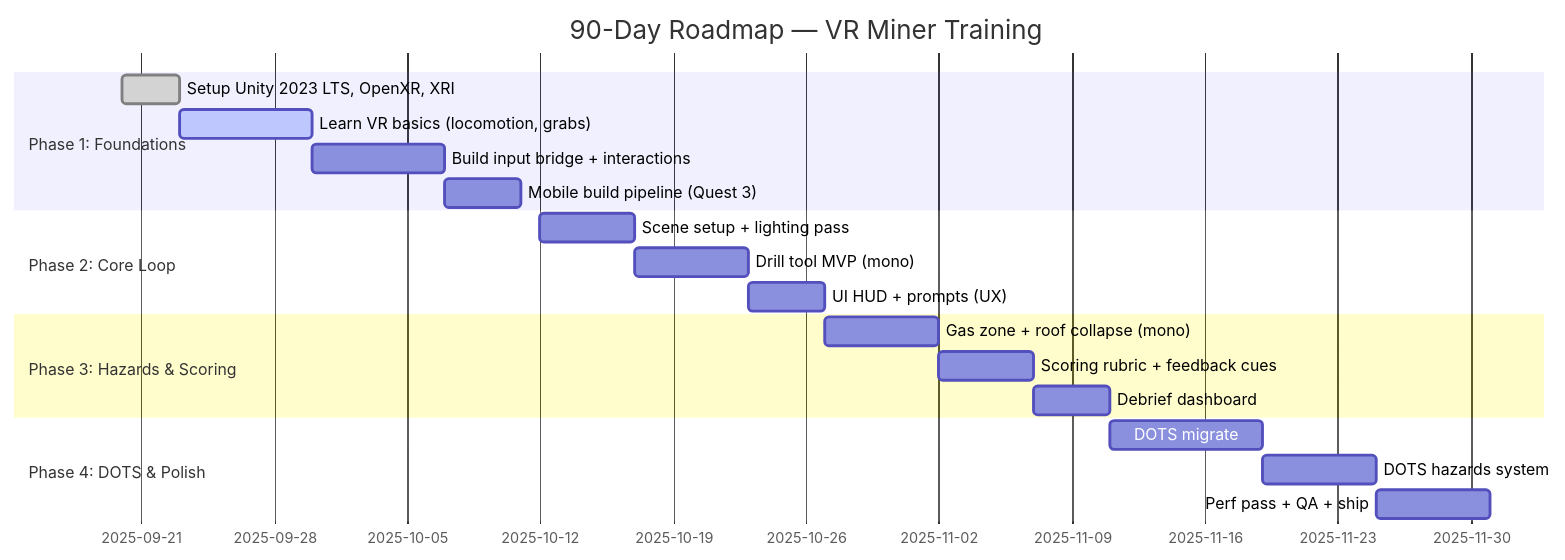
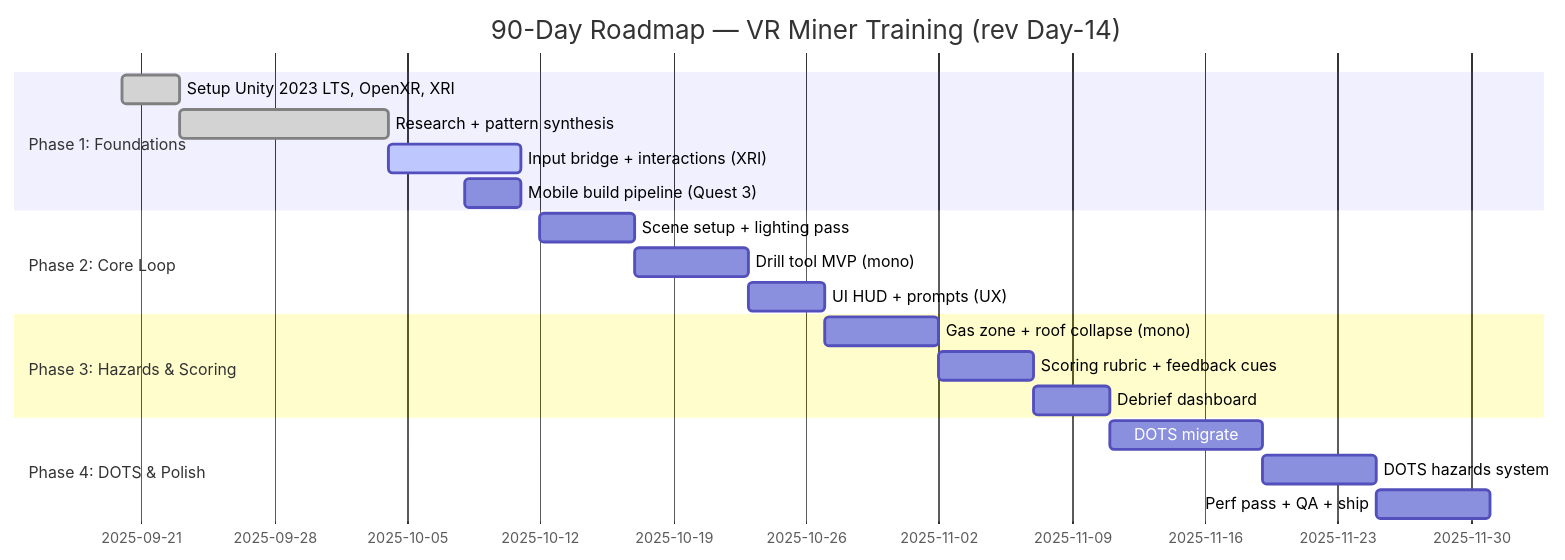
Before and after one commit to thatGuyPdeep/quartz: the diagram in docs/90_Roadmap_Updates/90_Day_VR_Miner_Roadmap.md, drawn with Mermaid. The commit also changed other lines of this file, not shown here.

Commit message:
docs(roadmap): Day-14 revision — added research-driven update and revised Gantt

````diff
--- a/docs/90_Roadmap_Updates/90_Day_VR_Miner_Roadmap.md
+++ b/docs/90_Roadmap_Updates/90_Day_VR_Miner_Roadmap.md
@@ -30,22 +40,22 @@
 ```mermaid
 gantt
   dateFormat  YYYY-MM-DD
-  title 90-Day Roadmap — VR Miner Training
+  title 90-Day Roadmap — VR Miner Training (rev Day-14)
   section Phase 1: Foundations
   Setup Unity 2023 LTS, OpenXR, XRI     :done,    p1a, 2025-09-20, 3d
-  Learn VR basics (locomotion, grabs)   :active,  p1b, 2025-09-23, 7d
-  Build input bridge + interactions     :         p1c, 2025-09-30, 7d
-  Mobile build pipeline (Quest 3)       :         p1d, 2025-10-07, 4d
+  Research + pattern synthesis          :done,    p1b, 2025-09-23, 11d
+  Input bridge + interactions (XRI)     :active,  p1c, 2025-10-04, 7d
+  Mobile build pipeline (Quest 3)       :         p1d, 2025-10-08, 3d
   section Phase 2: Core Loop
   Scene setup + lighting pass           :         p2a, 2025-10-12, 5d
   Drill tool MVP (mono)                 :         p2b, 2025-10-17, 6d
   UI HUD + prompts (UX)                 :         p2c, 2025-10-23, 4d
   section Phase 3: Hazards & Scoring
   Gas zone + roof collapse (mono)       :         p3a, 2025-10-27, 6d
   Scoring rubric + feedback cues        :         p3b, 2025-11-02, 5d
   Debrief dashboard                     :         p3c, 2025-11-07, 4d
   section Phase 4: DOTS & Polish
   DOTS migrate: drill + spawner         :         p4a, 2025-11-11, 8d
   DOTS hazards system                   :         p4b, 2025-11-19, 6d
   Perf pass + QA + ship                 :         p4c, 2025-11-25, 6d
 ```
````
